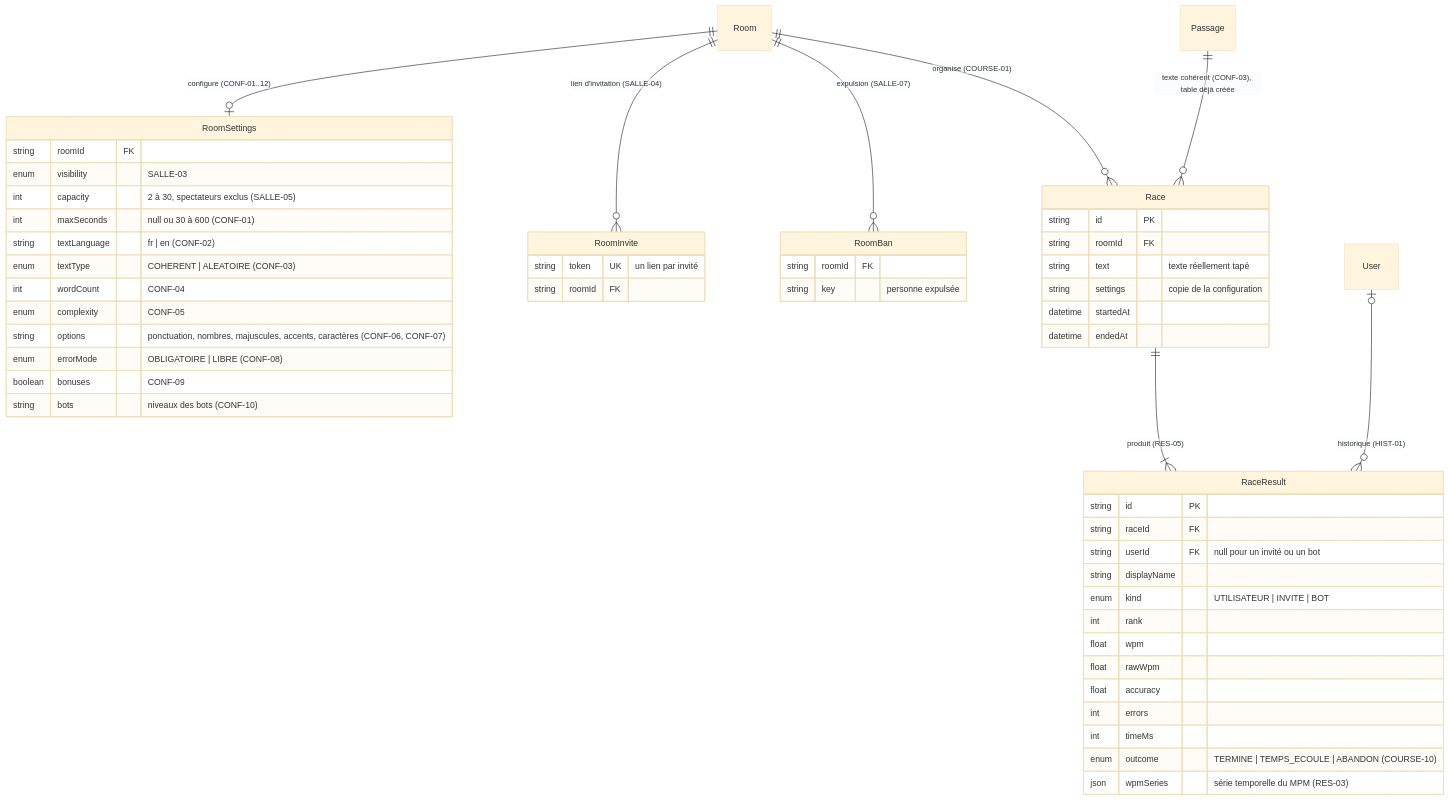
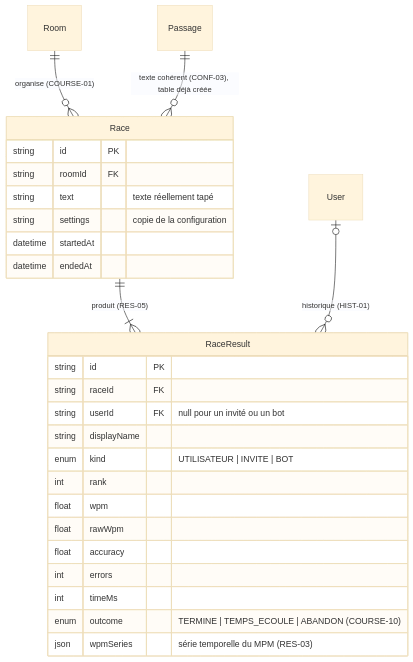
Before and after one commit to devzr24/typing-race: the second of 2 diagrams in docs/architecture/modele-de-donnees.md, drawn with Mermaid (base theme). The commit also changed other lines of this file and 4 other files, not shown here.

````diff
--- a/docs/architecture/modele-de-donnees.md
+++ b/docs/architecture/modele-de-donnees.md
@@ -90,56 +131,31 @@
 ```mermaid
 erDiagram
-    Room ||--o| RoomSettings : "configure (CONF-01..12)"
-    Room ||--o{ RoomInvite : "lien d'invitation (SALLE-04)"
-    Room ||--o{ RoomBan : "expulsion (SALLE-07)"
     Room ||--o{ Race : "organise (COURSE-01)"
     Passage ||--o{ Race : "texte cohérent (CONF-03), table déjà créée"
     Race ||--|{ RaceResult : "produit (RES-05)"
     User |o--o{ RaceResult : "historique (HIST-01)"
 
-    RoomSettings {
-        string roomId FK
-        enum visibility "SALLE-03"
-        int capacity "2 à 30, spectateurs exclus (SALLE-05)"
-        int maxSeconds "null ou 30 à 600 (CONF-01)"
-        string textLanguage "fr | en (CONF-02)"
-        enum textType "COHERENT | ALEATOIRE (CONF-03)"
-        int wordCount "CONF-04"
-        enum complexity "CONF-05"
-        string options "ponctuation, nombres, majuscules, accents, caractères (CONF-06, CONF-07)"
-        enum errorMode "OBLIGATOIRE | LIBRE (CONF-08)"
-        boolean bonuses "CONF-09"
-        string bots "niveaux des bots (CONF-10)"
-    }
-    RoomInvite {
-        string token UK "un lien par invité"
-        string roomId FK
-    }
-    RoomBan {
-        string roomId FK
-        string key "personne expulsée"
-    }
     Race {
         string id PK
         string roomId FK
         string text "texte réellement tapé"
         string settings "copie de la configuration"
         datetime startedAt
         datetime endedAt
     }
     RaceResult {
         string id PK
         string raceId FK
         string userId FK "null pour un invité ou un bot"
         string displayName
         enum kind "UTILISATEUR | INVITE | BOT"
         int rank
         float wpm
         float rawWpm
         float accuracy
         int errors
         int timeMs
         enum outcome "TERMINE | TEMPS_ECOULE | ABANDON (COURSE-10)"
         json wpmSeries "série temporelle du MPM (RES-03)"
     }
 ```
````
